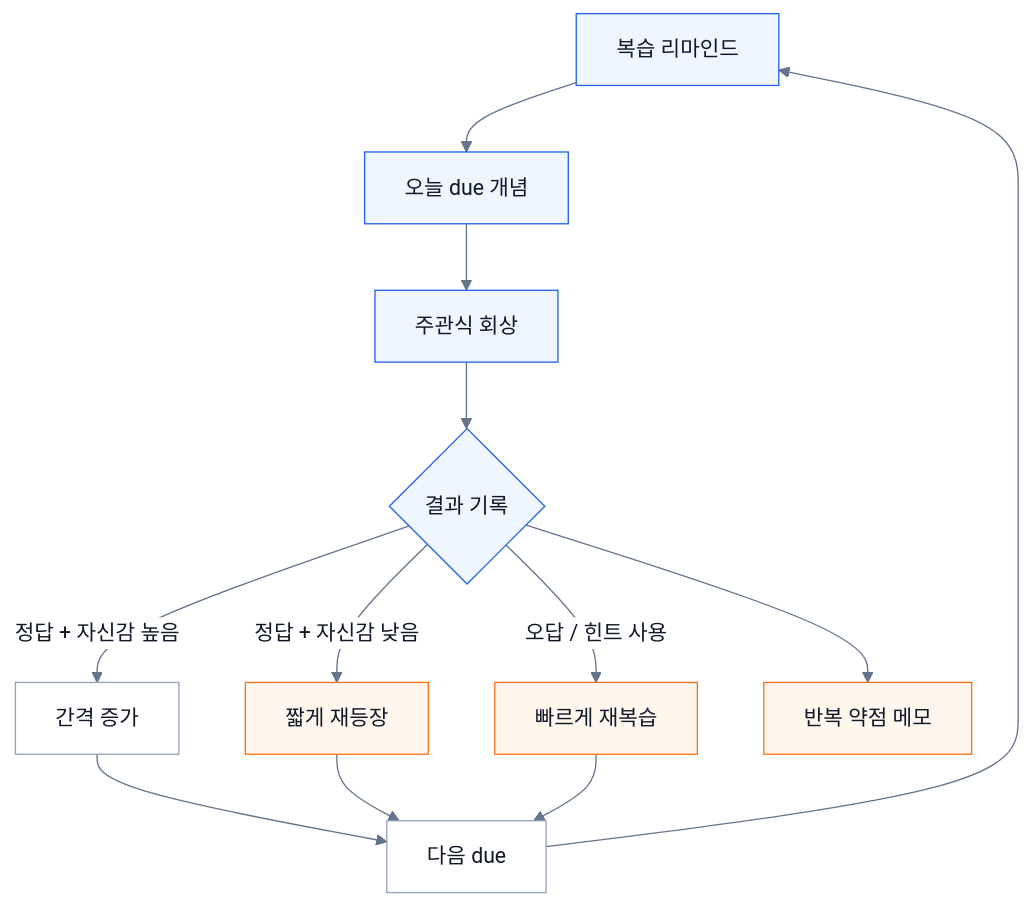
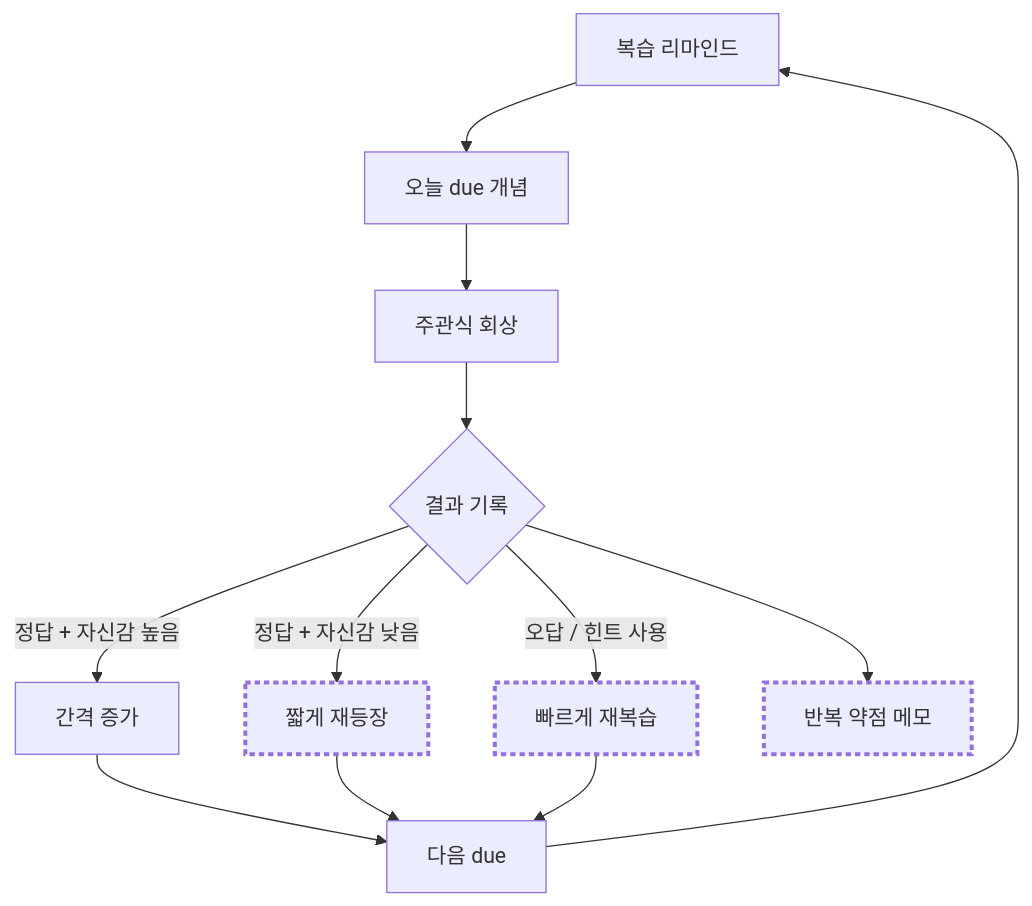
One commit to JeonJe/JeonJe.github.io changed the third of 3 diagrams in _posts/essay/2026-06-28-how-i-use-ai.md. Above: the diagram before and after it, drawn with Mermaid. The commit also changed other lines of this file and 2 other files, not shown here.

First line of the commit message:
style: mermaid 도식이 라이트·다크 테마를 따라가도록 고정색 제거

````diff
--- a/_posts/essay/2026-06-28-how-i-use-ai.md
+++ b/_posts/essay/2026-06-28-how-i-use-ai.md
@@ -164,24 +151,20 @@
 ```mermaid
-%%{init: {"theme": "base", "themeVariables": {"background": "#ffffff", "mainBkg": "#ffffff", "primaryColor": "#ffffff", "primaryBorderColor": "#94a3b8", "primaryTextColor": "#111827", "lineColor": "#64748b", "clusterBkg": "#ffffff", "clusterBorder": "#cbd5e1"}}}%%
 flowchart TB
     A["복습 리마인드"] --> B["오늘 due 개념"]
     B --> C["주관식 회상"]
     C --> D{"결과 기록"}
 
     D -->|정답 + 자신감 높음| E["간격 증가"]
     D -->|정답 + 자신감 낮음| F["짧게 재등장"]
     D -->|오답 / 힌트 사용| G["빠르게 재복습"]
 
     E --> H["다음 due"]
     F --> H
     G --> H
     H --> A
 
     D --> I["반복 약점 메모"]
 
-    classDef default fill:#ffffff,stroke:#94a3b8,color:#111827;
-    classDef recall fill:#eff6ff,stroke:#2563eb,color:#111827;
-    classDef weak fill:#fff7ed,stroke:#f97316,color:#111827;
-    class A,B,C,D recall;
+    classDef weak stroke-width:3px,stroke-dasharray:4 3;
     class F,G,I weak;
 ```
````
